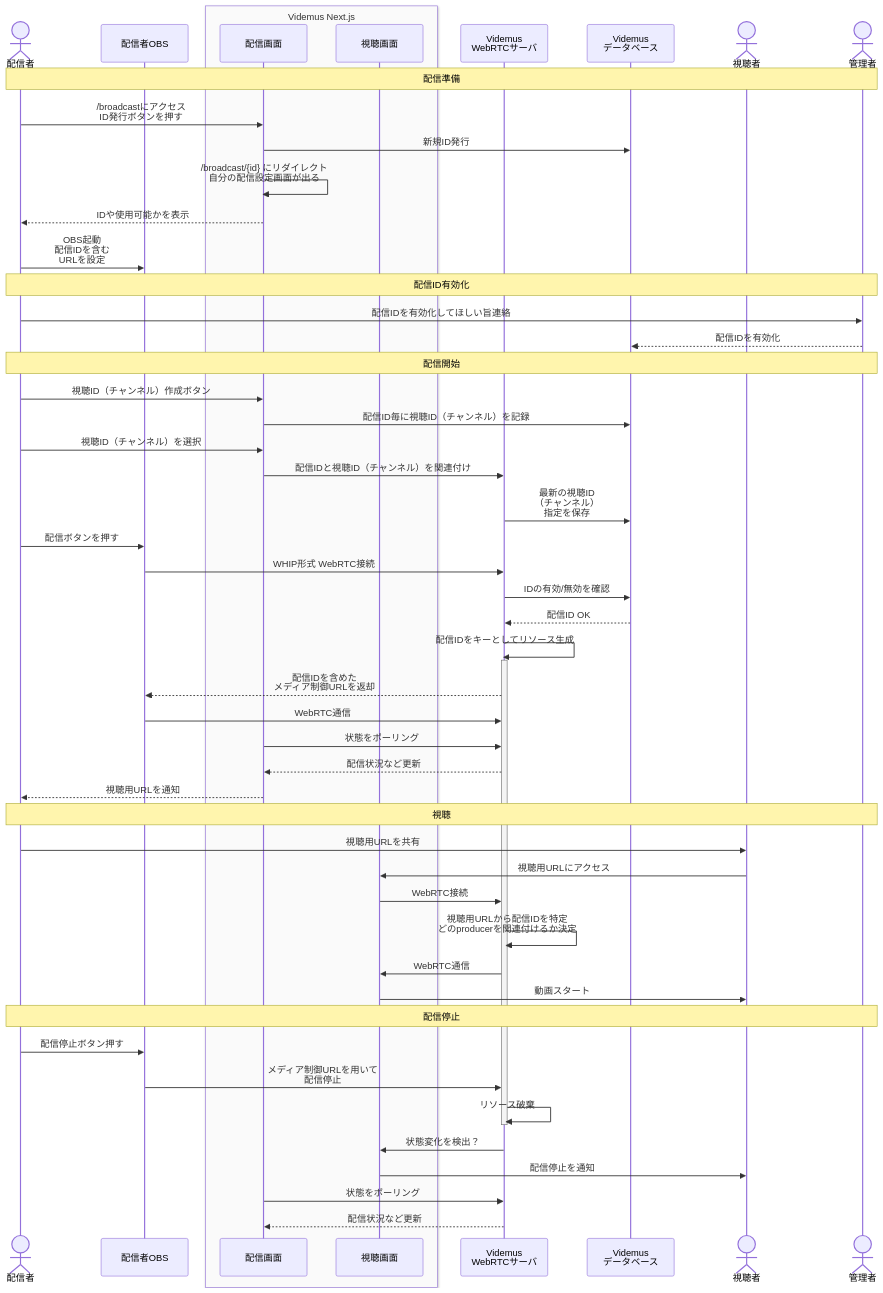
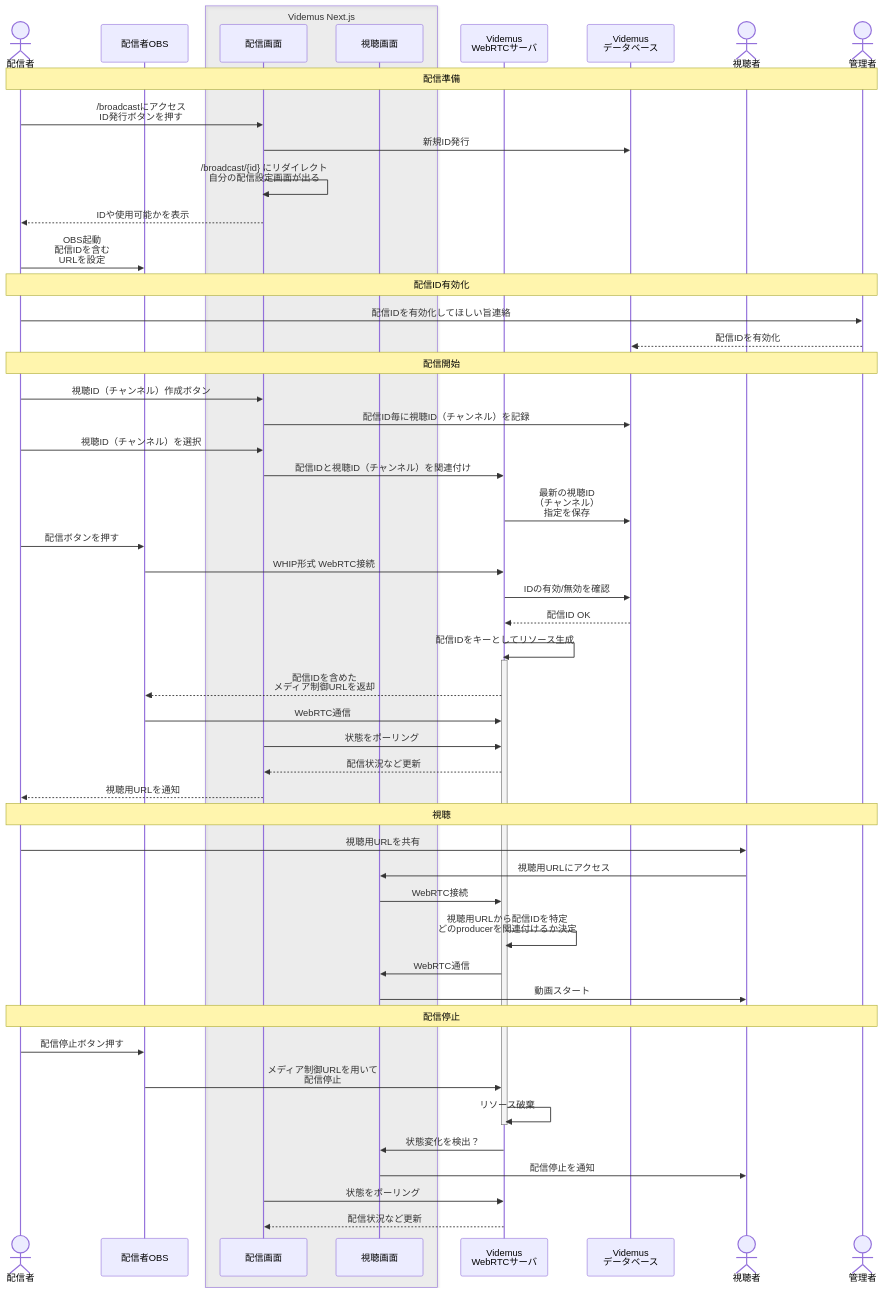
One commit to Daiius/videmus changed the first of 3 diagrams in MEMO.md. Above: the diagram before and after it, drawn with Mermaid.

Commit message:
Githubダークテーマで閲覧した場合に見づらい色を修正

````diff
--- a/MEMO.md
+++ b/MEMO.md
@@ -60,64 +60,64 @@
 ```mermaid
 %%{init: {"sequence": { "rightAngles": true } } }%%
 sequenceDiagram
     actor broadcaster as 配信者
     participant obs as 配信者OBS
-    box rgb(250,250,250) Videmus Next.js
+    box rgba(128,128,128,0.1) Videmus Next.js
         participant broadcaster_page as 配信画面
         participant streamer_page as 視聴画面
     end
     participant server as Videmus<br/>WebRTCサーバ 
     participant database as Videmus<br/>データベース
     actor streamer as 視聴者
     actor administrator as 管理者
 
     Note over broadcaster,administrator: 配信準備
 
     broadcaster ->> broadcaster_page : /broadcastにアクセス<br/>ID発行ボタンを押す
     broadcaster_page ->> database : 新規ID発行
     broadcaster_page ->> broadcaster_page : /broadcast/{id} にリダイレクト<br/>自分の配信設定画面が出る
     broadcaster_page -->> broadcaster : IDや使用可能かを表示
     broadcaster ->> obs : OBS起動<br/>配信IDを含む<br/>URLを設定
 
     Note over broadcaster,administrator : 配信ID有効化
 
     broadcaster ->> administrator : 配信IDを有効化してほしい旨連絡
     administrator -->> database : 配信IDを有効化
 
     Note over broadcaster,administrator : 配信開始
     
     broadcaster ->> broadcaster_page : 視聴ID（チャンネル）作成ボタン
     broadcaster_page ->> database : 配信ID毎に視聴ID（チャンネル）を記録
     broadcaster ->> broadcaster_page : 視聴ID（チャンネル）を選択
     broadcaster_page ->> server : 配信IDと視聴ID（チャンネル）を関連付け
     server ->> database : 最新の視聴ID<br/>（チャンネル）<br/>指定を保存
     broadcaster ->> obs : 配信ボタンを押す
     obs ->> server : WHIP形式 WebRTC接続
     server ->> database : IDの有効/無効を確認
     database -->> server : 配信ID OK
     server ->>+ server : 配信IDをキーとしてリソース生成
     server -->> obs : 配信IDを含めた<br/>メディア制御URLを返却
     obs ->> server : WebRTC通信
     broadcaster_page ->> server : 状態をポーリング
     server -->> broadcaster_page : 配信状況など更新
     broadcaster_page -->> broadcaster : 視聴用URLを通知
     
     Note over broadcaster,administrator : 視聴
 
     broadcaster ->> streamer : 視聴用URLを共有
     streamer ->> streamer_page : 視聴用URLにアクセス
     streamer_page ->> server : WebRTC接続
     server ->> server : 視聴用URLから配信IDを特定<br/>どのproducerを関連付けるか決定
     server ->> streamer_page : WebRTC通信
     streamer_page ->> streamer : 動画スタート
 
     Note over broadcaster,administrator : 配信停止
 
     broadcaster ->> obs : 配信停止ボタン押す
     obs ->> server : メディア制御URLを用いて<br/>配信停止
     server ->>-server : リソース破棄
     server ->> streamer_page : 状態変化を検出？
     streamer_page ->> streamer : 配信停止を通知
     broadcaster_page ->> server : 状態をポーリング
     server -->> broadcaster_page : 配信状況など更新
 ```
````
